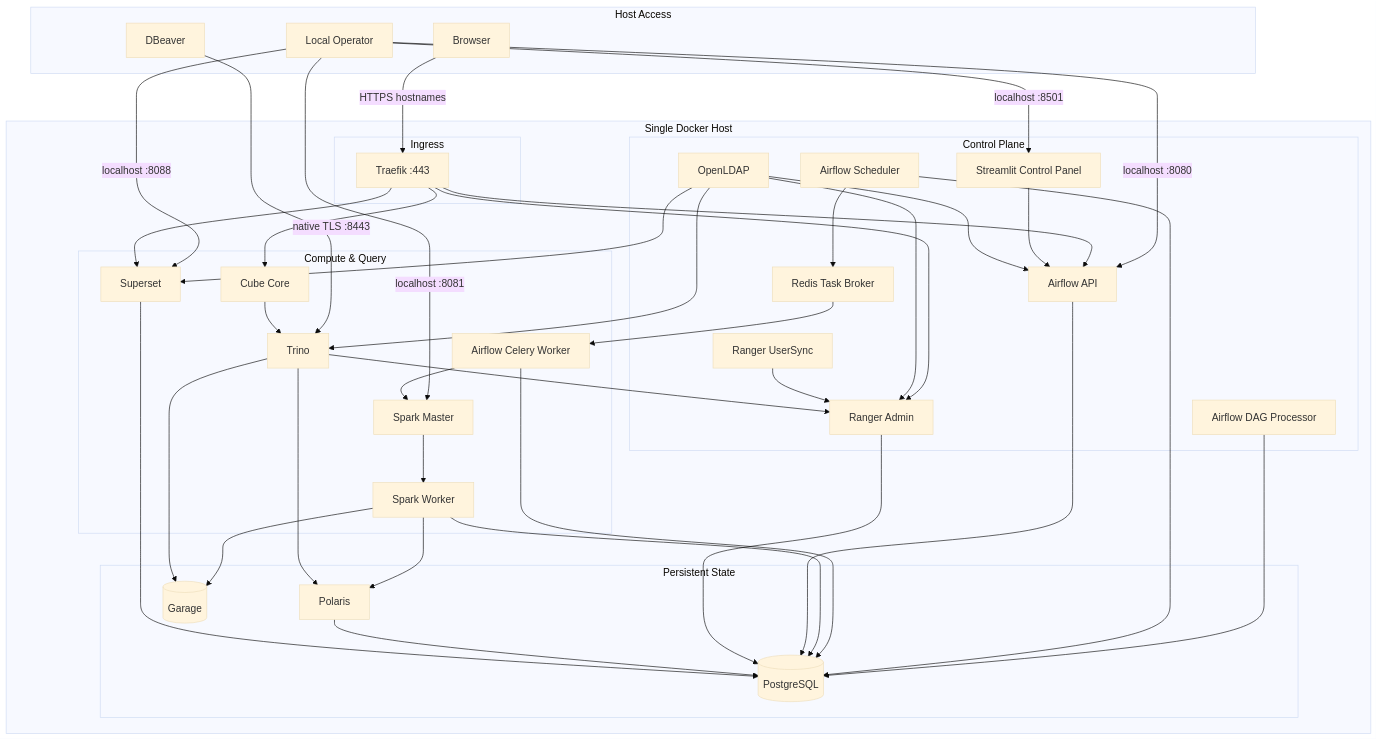
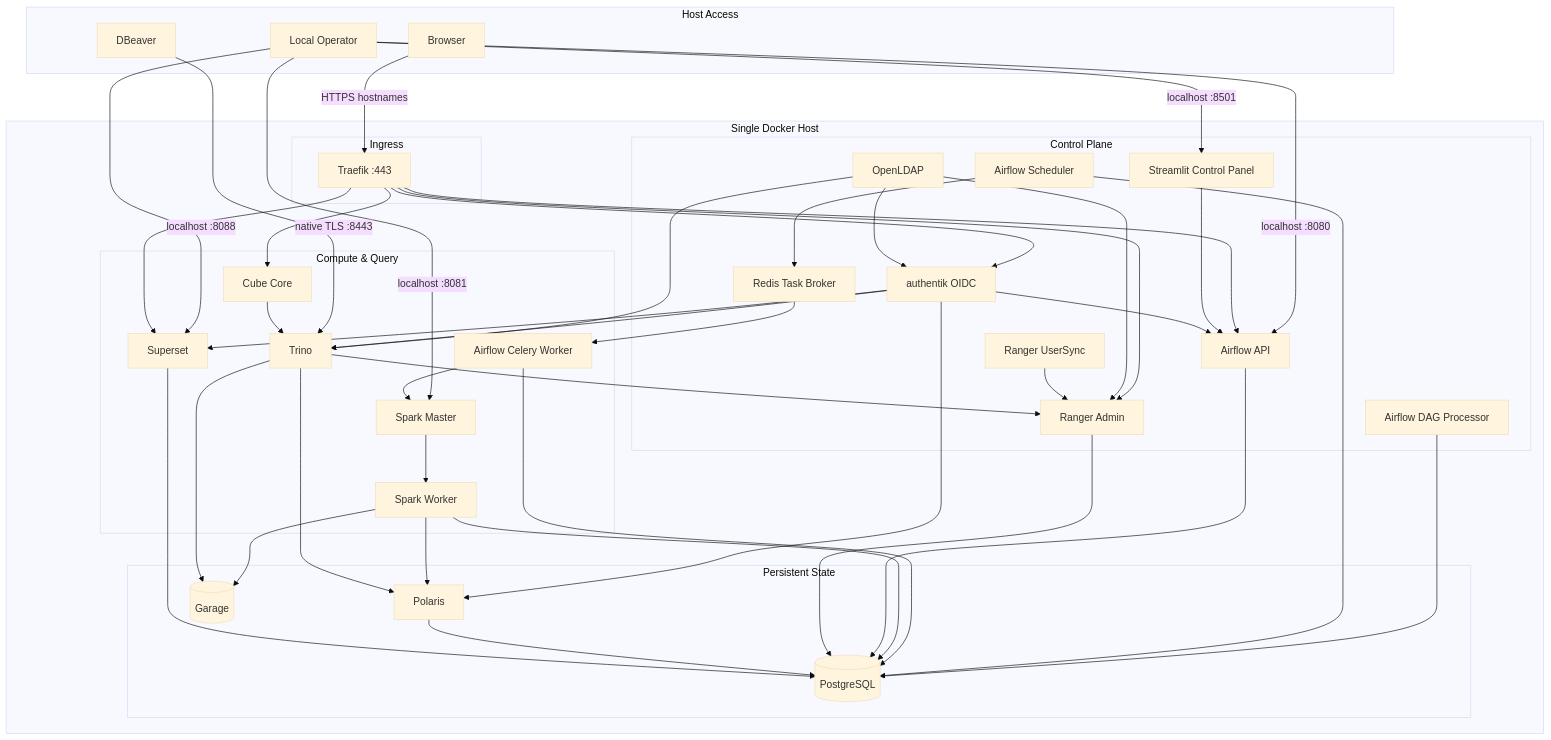
The diagram in docs/architecture.md (AlexHilberer/On-Prem-Data-Lakehouse), drawn with Mermaid (base theme) before and after one commit. The commit also changed other lines of this file and 41 other files, not shown here.

First line of the commit message:
Move the stack to authentik OIDC with machine identities

````diff
--- a/docs/architecture.md
+++ b/docs/architecture.md
@@ -14,63 +14,65 @@
 ```mermaid
 flowchart TB
   subgraph Access["Host Access"]
     Browser["Browser"]
     Operator["Local Operator"]
     DBeaver["DBeaver"]
   end
 
   subgraph Host["Single Docker Host"]
     subgraph Edge["Ingress"]
       Traefik["Traefik :443"]
     end
 
     subgraph Control["Control Plane"]
       LDAP["OpenLDAP"]
+      Authentik["authentik OIDC"]
       Ranger["Ranger Admin"]
       UserSync["Ranger UserSync"]
       AirflowAPI["Airflow API"]
       Scheduler["Airflow Scheduler"]
       DagProcessor["Airflow DAG Processor"]
       Redis["Redis Task Broker"]
       ControlPanel["Streamlit Control Panel"]
     end
 
     subgraph Compute["Compute & Query"]
       SparkMaster["Spark Master"]
       SparkWorker["Spark Worker"]
       AirflowWorker["Airflow Celery Worker"]
       Trino["Trino"]
       Cube["Cube Core"]
       Superset["Superset"]
     end
 
     subgraph State["Persistent State"]
       PostgreSQL[("PostgreSQL")]
       Polaris["Polaris"]
       Garage[("Garage")]
     end
   end
 
   Browser -->|HTTPS hostnames| Traefik
   Operator -->|localhost :8501| ControlPanel
   Operator -->|localhost :8080| AirflowAPI
   Operator -->|localhost :8081| SparkMaster
   Operator -->|localhost :8088| Superset
   DBeaver -->|native TLS :8443| Trino
-  Traefik --> AirflowAPI & Ranger & Cube & Superset
+  Traefik --> AirflowAPI & Ranger & Cube & Superset & Authentik
   ControlPanel --> AirflowAPI
-  LDAP --> AirflowAPI & Ranger & Superset & Trino
+  LDAP --> Authentik & Ranger & Trino
+  Authentik --> AirflowAPI & Superset & Trino & Polaris
   UserSync --> Ranger
   DagProcessor --> PostgreSQL
   Scheduler --> Redis --> AirflowWorker
   Scheduler --> PostgreSQL
   AirflowWorker --> PostgreSQL & SparkMaster
   SparkMaster --> SparkWorker
   SparkWorker --> PostgreSQL & Polaris & Garage
   Cube --> Trino
   Trino --> Ranger & Polaris & Garage
   AirflowAPI --> PostgreSQL
   Ranger --> PostgreSQL
   Polaris --> PostgreSQL
   Superset --> PostgreSQL
 ```
````
